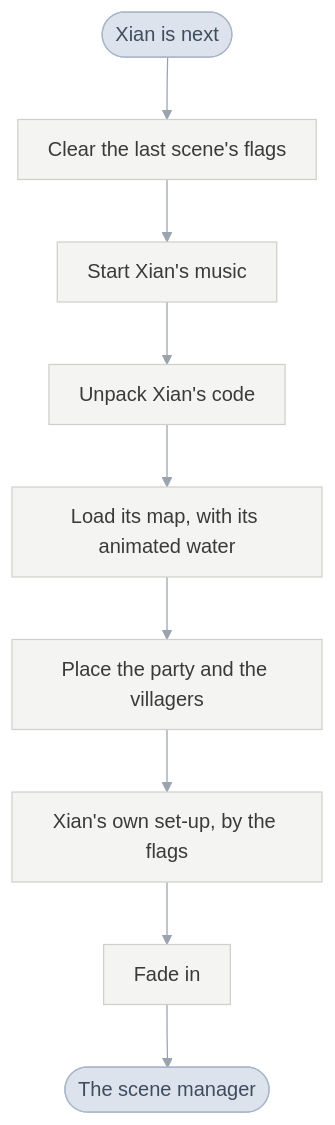
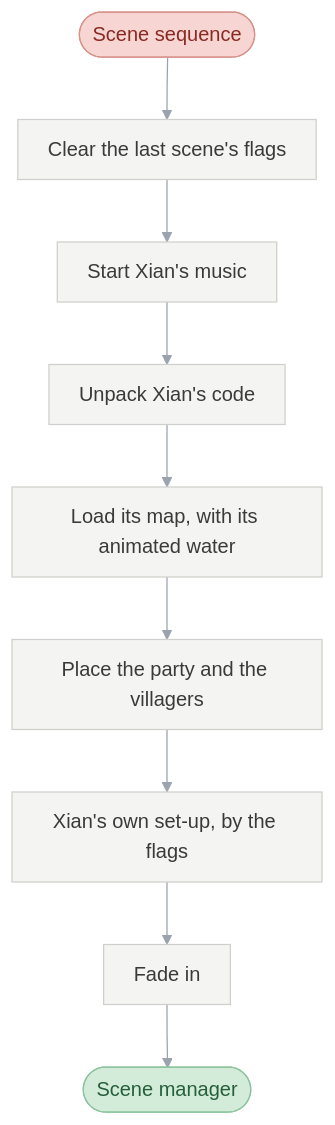
One commit to PascalPixel/alchemy changed the third of 4 diagrams in games/tbs/README.md. Above: the diagram before and after it, drawn with Mermaid. The commit also changed other lines of this file, not shown here.

First line of the commit message:
☀️ Front page: one name and colour for what links two charts

````diff
--- a/games/tbs/README.md
+++ b/games/tbs/README.md
@@ -79,11 +87,15 @@
 ```mermaid
 %%{init: {"theme": "base", "themeVariables": {"lineColor": "#9AA3AE", "edgeLabelBackground": "#FFFFFF"}, "flowchart": {"curve": "basis", "padding": 12}}}%%
 flowchart TD
-  pick(["Xian is next"]) --> arrive["Clear the last scene's flags"] --> music["Start Xian's music"] --> code["Unpack Xian's code"]
+  pick(["Scene sequence"]) --> arrive["Clear the last scene's flags"] --> music["Start Xian's music"] --> code["Unpack Xian's code"]
   code --> map["Load its map, with its animated water"] --> place["Place the party and the villagers"]
-  place --> own["Xian's own set-up, by the flags"] --> fade["Fade in"] --> run(["The scene manager"])
-  classDef link fill:#DDE3EC,stroke:#A9B6C8,color:#3E4C60
+  place --> own["Xian's own set-up, by the flags"] --> fade["Fade in"] --> run(["Scene manager"])
+  classDef sequenceManager fill:#DDE3EC,stroke:#8FA0B8,color:#2E3C50
+  classDef sceneSequence fill:#F6D5D2,stroke:#D9928B,color:#8A2A22
+  classDef sceneManager fill:#D3EBD9,stroke:#8DC49E,color:#25603A
+  classDef request fill:#FBE7C6,stroke:#E0B46A,color:#7A5212
   classDef step fill:#F4F4F2,stroke:#CFCFCB,color:#3A3A38
-  class pick,run link
+  class pick sceneSequence
+  class run sceneManager
   class arrive,music,code,map,place,own,fade step
 ```
````
